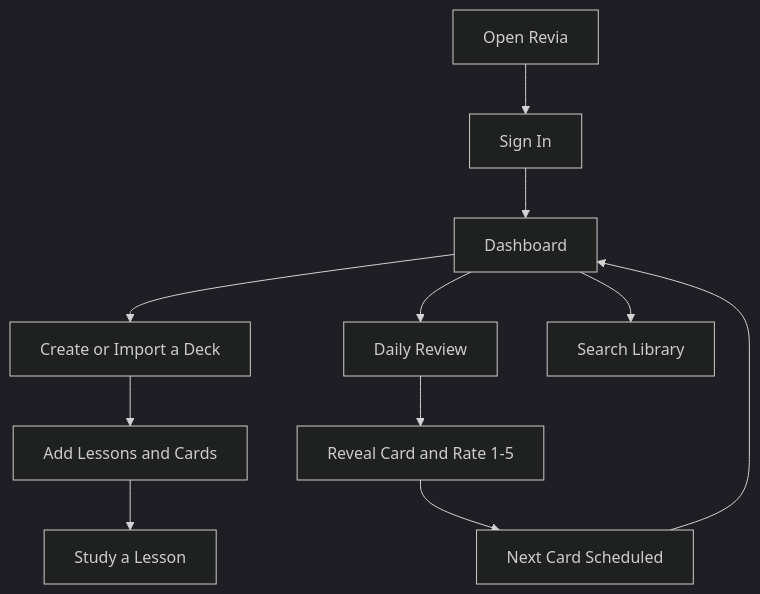
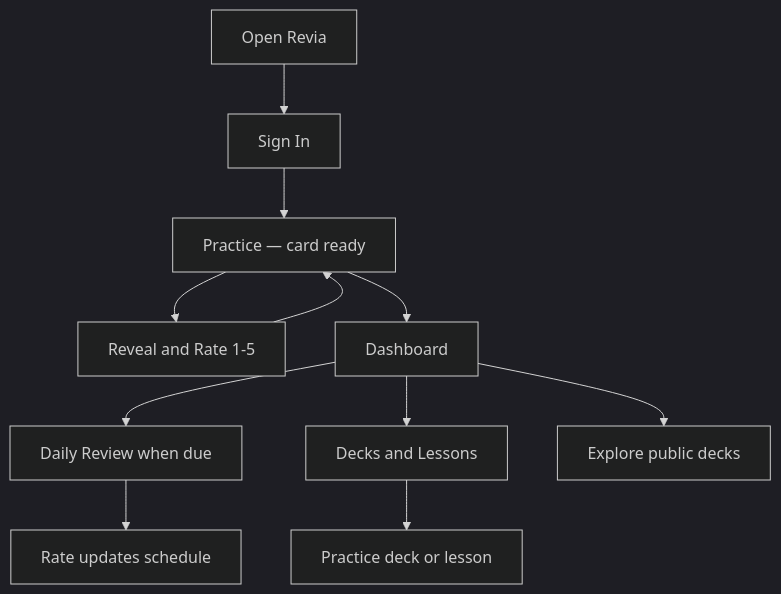
One commit to pvnpll/revia changed the first of 2 diagrams in revia/docs/application/layman-guide.md. Above: the diagram before and after it, drawn with Mermaid (dark theme). The commit also changed other lines of this file and 42 other files, not shown here.

First line of the commit message:
Ship Revia v1.4.0: Practice mode and Daily Review split.

````diff
--- a/revia/docs/application/layman-guide.md
+++ b/revia/docs/application/layman-guide.md
@@ -53,13 +59,13 @@
 ```mermaid
 flowchart TD
   A[Open Revia] --> B[Sign In]
-  B --> C[Dashboard]
-  C --> D[Create or Import a Deck]
-  D --> E[Add Lessons and Cards]
-  E --> F[Study a Lesson]
-  C --> G[Daily Review]
-  G --> H[Reveal Card and Rate 1-5]
-  H --> I[Next Card Scheduled]
-  I --> C
-  C --> J[Search Library]
+  B --> C[Practice — card ready]
+  C --> D[Reveal and Rate 1-5]
+  D --> C
+  C --> E[Dashboard]
+  E --> F[Daily Review when due]
+  F --> G[Rate updates schedule]
+  E --> H[Decks and Lessons]
+  H --> I[Practice deck or lesson]
+  E --> J[Explore public decks]
 ```
````
